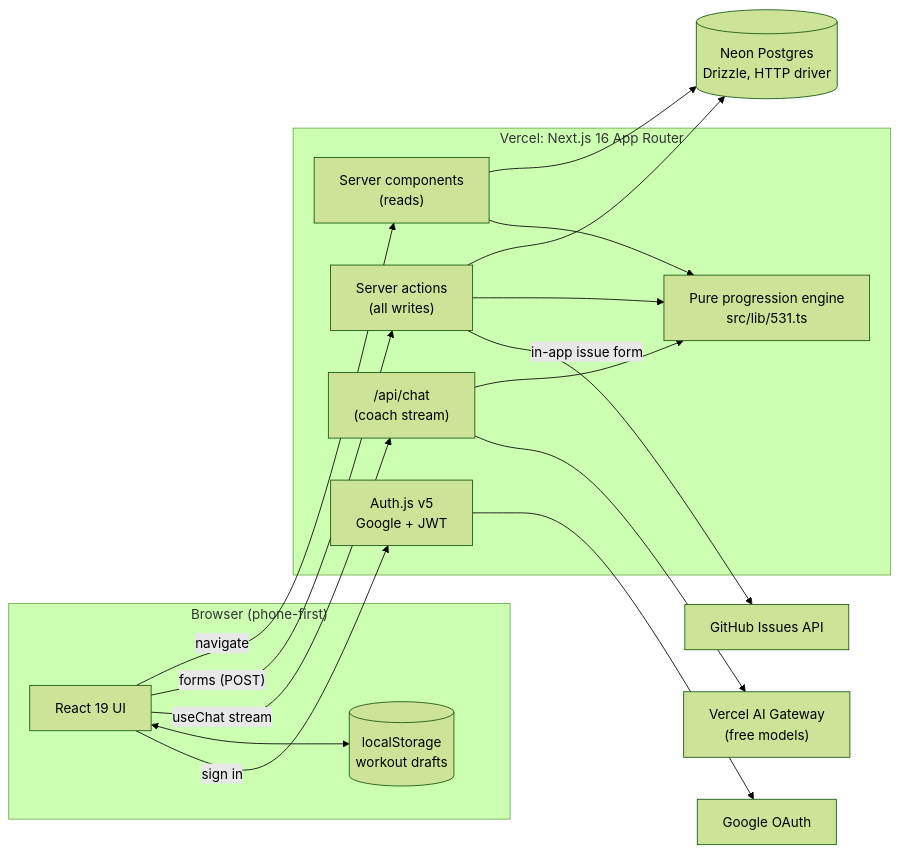
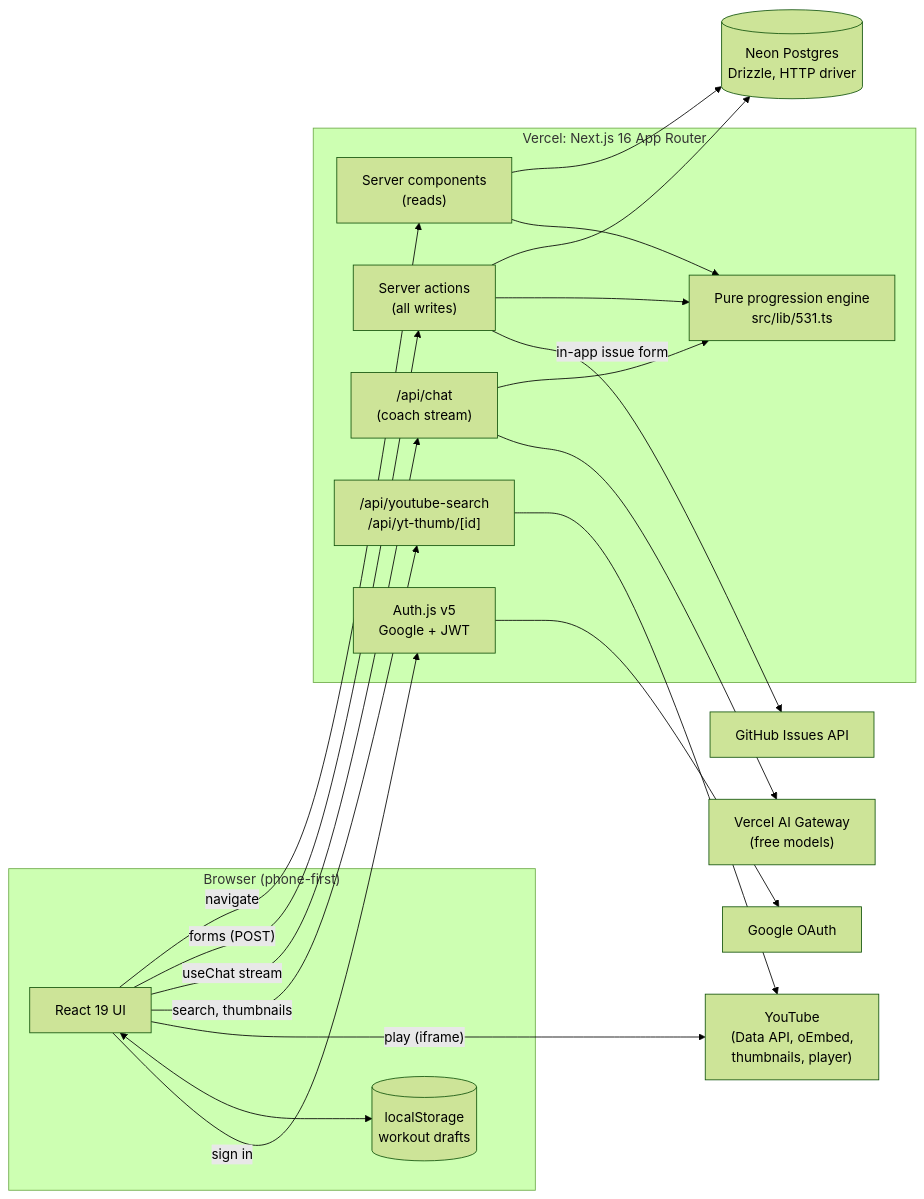
The first of 2 diagrams in README.md (steven-whaley/calisthenics-tracker), drawn with Mermaid (forest theme) before and after one commit. The commit also changed other lines of this file and 2 other files, not shown here.

Commit message:
README: library, video and times-per-week architecture and decisions; move skill docs to Skills.md

````diff
--- a/README.md
+++ b/README.md
@@ -29,33 +29,37 @@
 ```mermaid
 flowchart LR
     subgraph Browser["Browser (phone-first)"]
         UI["React 19 UI"]
         LS[("localStorage<br/>workout drafts")]
     end
 
     subgraph Vercel["Vercel: Next.js 16 App Router"]
         Pages["Server components<br/>(reads)"]
         Actions["Server actions<br/>(all writes)"]
         Chat["/api/chat<br/>(coach stream)"]
+        Media["/api/youtube-search<br/>/api/yt-thumb/[id]"]
         AuthJS["Auth.js v5<br/>Google + JWT"]
         Engine["Pure progression engine<br/>src/lib/531.ts"]
     end
 
     DB[("Neon Postgres<br/>Drizzle, HTTP driver")]
     Google["Google OAuth"]
     Gateway["Vercel AI Gateway<br/>(free models)"]
     GitHub["GitHub Issues API"]
+    YouTube["YouTube<br/>(Data API, oEmbed,<br/>thumbnails, player)"]
 
     UI -- navigate --> Pages
     UI -- "forms (POST)" --> Actions
     UI -- "useChat stream" --> Chat
+    UI -- "search, thumbnails" --> Media --> YouTube
+    UI -- "play (iframe)" --> YouTube
     UI <--> LS
     UI -- "sign in" --> AuthJS --> Google
     Pages --> DB
     Actions --> DB
     Pages --> Engine
     Actions --> Engine
     Chat --> Engine
     Chat --> Gateway
     Actions -- "in-app issue form" --> GitHub
 ```
````
